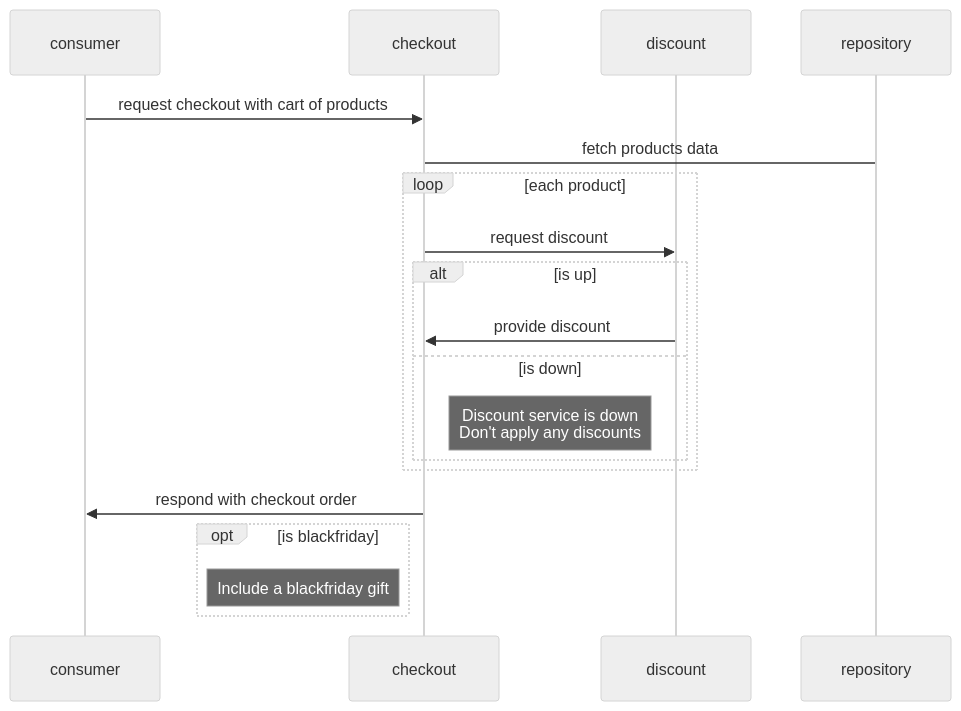
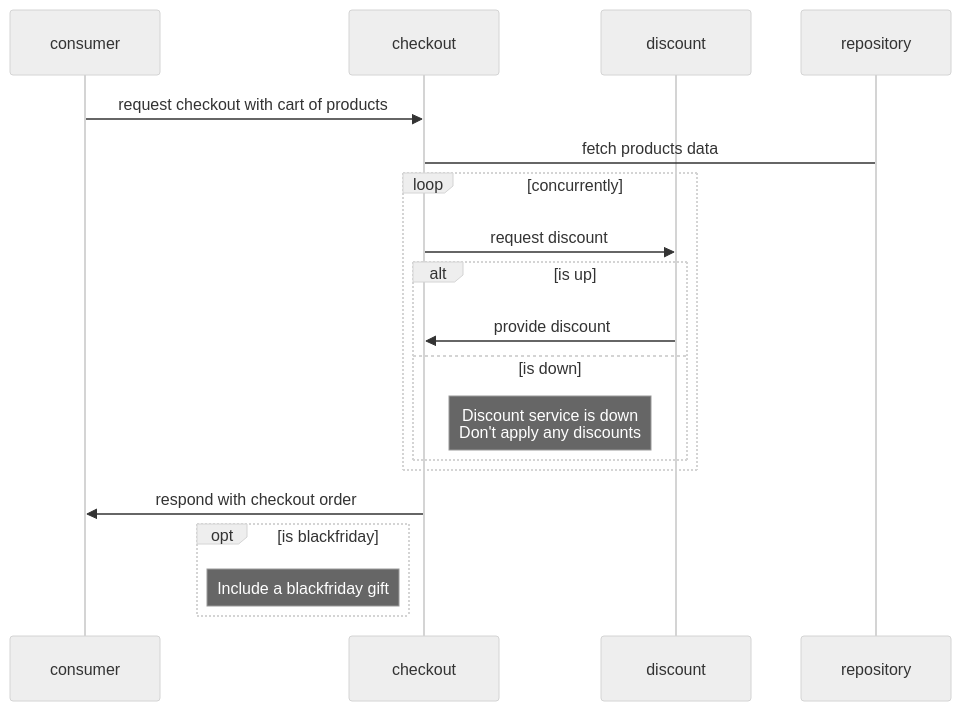
One commit to lucafmarques/hash-tech-challenge changed the second of 2 diagrams in README.md. Above: the diagram before and after it, drawn with Mermaid (neutral theme).

Commit message:
docs: Update sequence diagram

````diff
--- a/README.md
+++ b/README.md
@@ -86,23 +86,23 @@
 ```mermaid
 sequenceDiagram
     participant consumer
     participant checkout
     participant discount
     participant repository
     consumer->>checkout: request checkout with cart of products
     checkout->repository: fetch products data
-    loop each product
+    loop concurrently
         checkout->>discount: request discount
         alt is up
             discount->>checkout: provide discount
         else is down
             Note right of checkout: Discount service is down<br>Don't apply any discounts
         end
     end
 
     checkout->>consumer: respond with checkout order
 
     opt is blackfriday
         Note left of checkout: Include a blackfriday gift  
     end
 ```
````
